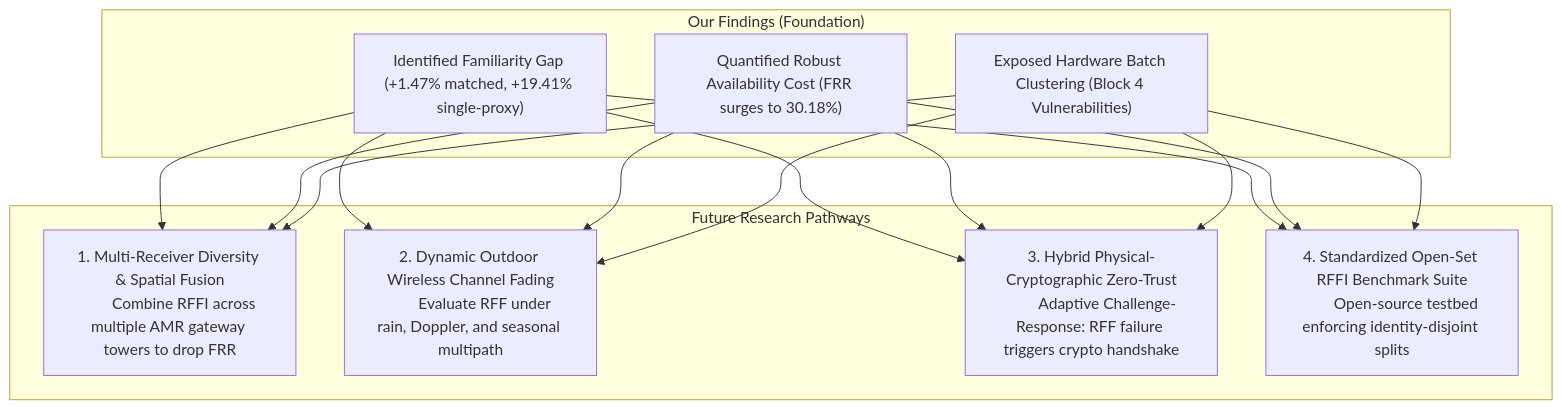
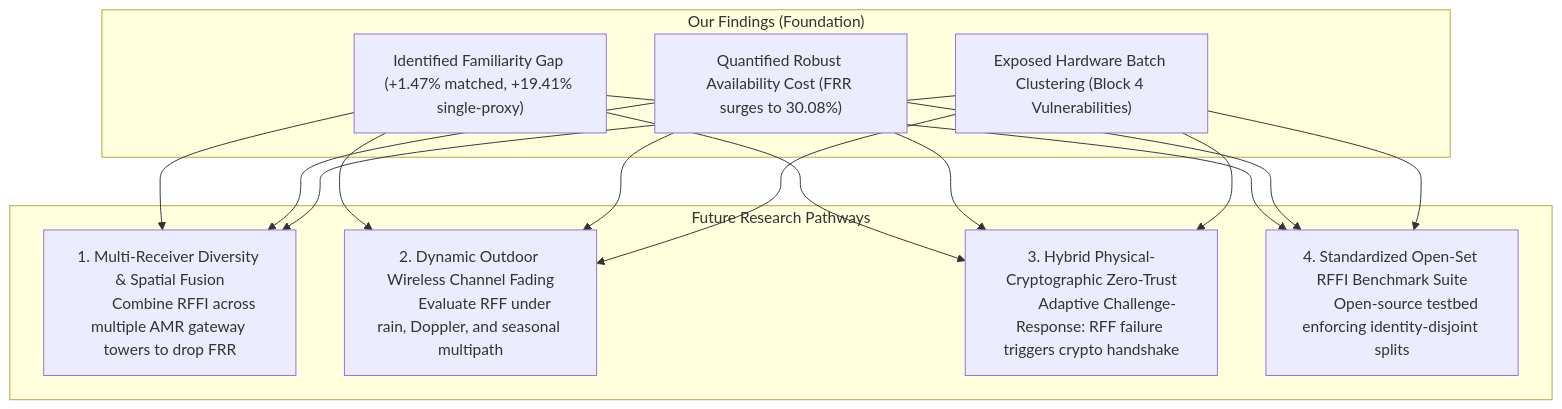
The fourth of 7 diagrams in PROJECT_MASTER_GUIDE.md (maanvi14/Open-Set-LoRa-RF-Fingerprint-Authentication-for-AMR-Security), drawn with Mermaid before and after one commit. The commit also changed other lines of this file and 50 other files, not shown here.

````diff
--- a/PROJECT_MASTER_GUIDE.md
+++ b/PROJECT_MASTER_GUIDE.md
@@ -297,21 +297,21 @@
 ```mermaid
 flowchart TD
     subgraph Current["Our Findings (Foundation)"]
         F1["Identified Familiarity Gap (+1.47% matched, +19.41% single-proxy)"]
-        F2["Quantified Robust Availability Cost (FRR surges to 30.18%)"]
+        F2["Quantified Robust Availability Cost (FRR surges to 30.08%)"]
         F3["Exposed Hardware Batch Clustering (Block 4 Vulnerabilities)"]
     end
 
     subgraph Future["Future Research Pathways"]
         P1["1. Multi-Receiver Diversity & Spatial Fusion
         Combine RFFI across multiple AMR gateway towers to drop FRR"]
         P2["2. Dynamic Outdoor Wireless Channel Fading
         Evaluate RFF under rain, Doppler, and seasonal multipath"]
         P3["3. Hybrid Physical-Cryptographic Zero-Trust
         Adaptive Challenge-Response: RFF failure triggers crypto handshake"]
         P4["4. Standardized Open-Set RFFI Benchmark Suite
         Open-source testbed enforcing identity-disjoint splits"]
     end
 
     F1 & F2 & F3 --> P1 & P2 & P3 & P4
 ```
````
